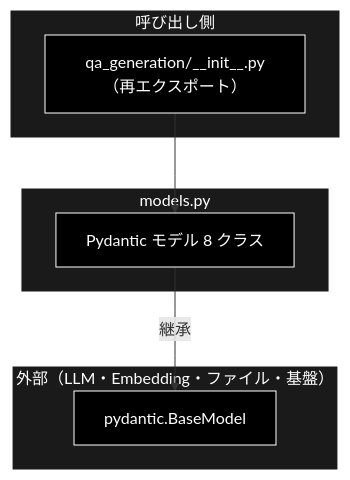
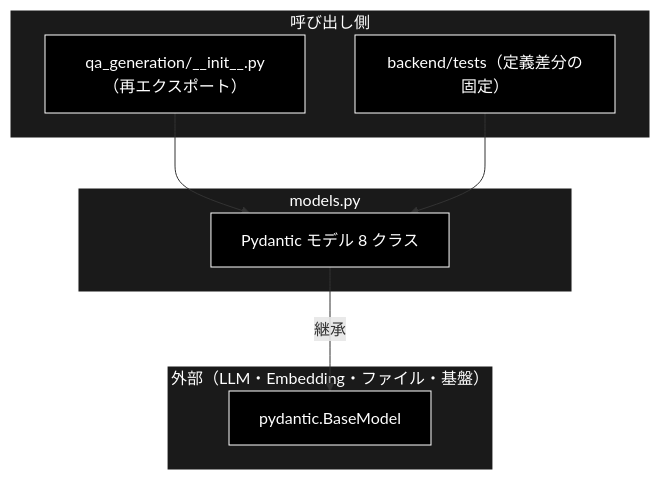
Before and after one commit to nakashima2toshio/grace_v2: the first of 2 diagrams in qa_generation/docs/models.md, drawn with Mermaid. The commit also changed other lines of this file and 8 other files, not shown here.

````diff
--- a/qa_generation/docs/models.md
+++ b/qa_generation/docs/models.md
@@ -61,20 +61,22 @@
 ```mermaid
 flowchart TB
     subgraph CALLER["呼び出し側"]
         INIT["qa_generation/__init__.py（再エクスポート）"]
+        TEST["backend/tests（定義差分の固定）"]
     end
     subgraph TARGET["models.py"]
         M["Pydantic モデル 8 クラス"]
     end
     subgraph EXTERNAL["外部（LLM・Embedding・ファイル・基盤）"]
         PYD["pydantic.BaseModel"]
     end
     INIT --> M
+    TEST --> M
     M -->|"継承"| PYD
 classDef default fill:#000,stroke:#fff,color:#fff
 classDef subgraphStyle fill:#1a1a1a,stroke:#fff,color:#fff
-class INIT,M,PYD default
+class INIT,TEST,M,PYD default
 style CALLER fill:#1a1a1a,stroke:#fff,color:#fff
 style TARGET fill:#1a1a1a,stroke:#fff,color:#fff
 style EXTERNAL fill:#1a1a1a,stroke:#fff,color:#fff
 ```
````
